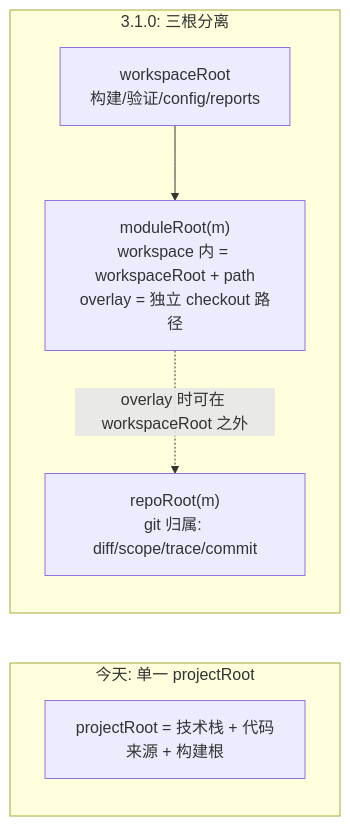
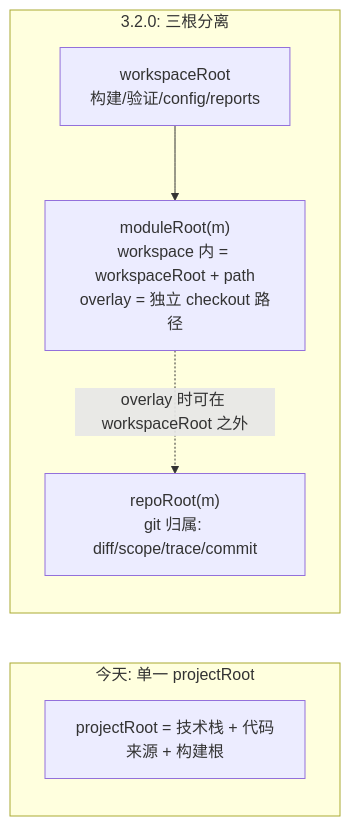
One commit to sqsqsq/agent-maison changed the first of 2 diagrams in .cursor/plans/android_工程适配_5e3400c3.plan.md. Above: the diagram before and after it, drawn with Mermaid. The commit also changed other lines of this file and 5 other files, not shown here.

````diff
--- a/.cursor/plans/android_工程适配_5e3400c3.plan.md
+++ b/.cursor/plans/android_工程适配_5e3400c3.plan.md
@@ -68,13 +68,13 @@
 ```mermaid
 flowchart LR
   subgraph today [今天: 单一 projectRoot]
     PR[projectRoot = 技术栈 + 代码来源 + 构建根]
   end
-  subgraph future [3.1.0: 三根分离]
+  subgraph future [3.2.0: 三根分离]
     WR[workspaceRoot<br/>构建/验证/config/reports]
     MR["moduleRoot(m)<br/>workspace 内 = workspaceRoot + path<br/>overlay = 独立 checkout 路径"]
     RR["repoRoot(m)<br/>git 归属: diff/scope/trace/commit"]
     WR --> MR
     MR -. overlay 时可在 workspaceRoot 之外 .-> RR
   end
 ```
````
